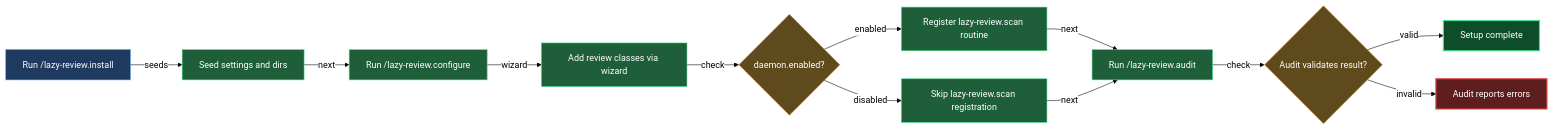
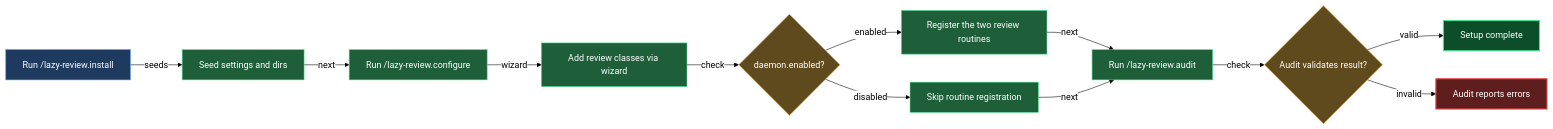
One commit to mebius-san/lazy-cortex changed the diagram in claude/lazycortex-review/help/install-and-audit.md. Above: the diagram before and after it, drawn with Mermaid. The commit also changed other lines of this file and 511 other files, not shown here.

First line of the commit message:
release: core 7.0.0, specs 6.0.0, review 6.1.0, obsidian 3.0.0, wiki 2.0.0, python 4.0.0, experts 1.0.0, diagram 1.1.7, observe 0.8.3

````diff
--- a/claude/lazycortex-review/help/install-and-audit.md
+++ b/claude/lazycortex-review/help/install-and-audit.md
@@ -43,45 +48,45 @@
 ```mermaid
 %%{init: {'themeVariables':{'background':'transparent','lineColor':'#000','textColor':'#000','edgeLabelBackground':'#fff'},'themeCSS':'.edgeLabel{background-color:transparent!important}.edgeLabel p{background-color:transparent!important}','flowchart':{'diagramPadding':5,'useMaxWidth':true}}}%%
 flowchart LR
   runInstall[Run /lazy-review.install]
   seedSettingsAndDirs[Seed settings and dirs]
   runConfigure[Run /lazy-review.configure]
   addReviewClasses[Add review classes via wizard]
   daemonEnabledGate{daemon.enabled?}
-  registerScanRoutine[Register lazy-review.scan routine]
-  skipScanRegistration[Skip lazy-review.scan registration]
+  registerScanRoutine[Register the two review routines]
+  skipScanRegistration[Skip routine registration]
   runAudit[Run /lazy-review.audit]
   auditValid{Audit validates result?}
   setupComplete[Setup complete]
   auditFailed[Audit reports errors]
 
   runInstall -->|seeds| seedSettingsAndDirs
   seedSettingsAndDirs -->|next| runConfigure
   runConfigure -->|wizard| addReviewClasses
   addReviewClasses -->|check| daemonEnabledGate
   daemonEnabledGate -->|enabled| registerScanRoutine
   daemonEnabledGate -->|disabled| skipScanRegistration
   registerScanRoutine -->|next| runAudit
   skipScanRegistration -->|next| runAudit
   runAudit -->|check| auditValid
   auditValid -->|valid| setupComplete
   auditValid -->|invalid| auditFailed
 
   classDef entry fill:#1e3a5f,stroke:#4a90e2,color:#fff
   classDef guard fill:#5f4a1e,stroke:#e2a14a,color:#fff
   classDef action fill:#1e5f3a,stroke:#4ae290,color:#fff
   classDef success fill:#0d4d2a,stroke:#4ae290,color:#fff,stroke-width:2px
   classDef error fill:#5f1e1e,stroke:#e24a4a,color:#fff,stroke-width:2px
 
   class runInstall entry
   class seedSettingsAndDirs action
   class runConfigure action
   class addReviewClasses action
   class daemonEnabledGate guard
   class registerScanRoutine action
   class skipScanRegistration action
   class runAudit action
   class auditValid guard
   class setupComplete success
   class auditFailed error
 ```
````
